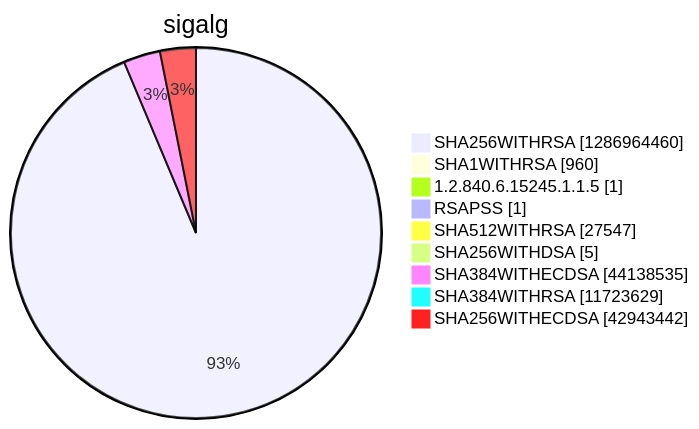
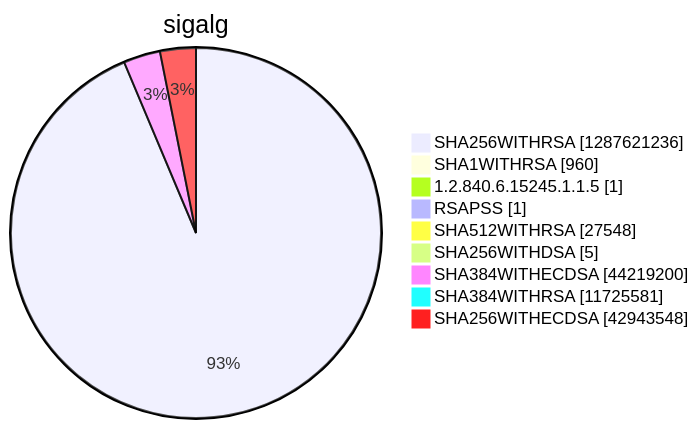
Before and after one commit to christiankrug/ctmonitor_visualization: diagram 15 of 15 in argon2022/README.md, drawn with Mermaid. The commit also changed other lines of this file, not shown here.

````diff
--- a/argon2022/README.md
+++ b/argon2022/README.md
@@ -5523,13 +5523,13 @@
 ```mermaid
 pie showData
 title sigalg
-"SHA256WITHRSA" :1286964460
+"SHA256WITHRSA" :1287621236
 "SHA1WITHRSA" :960
 "1.2.840.6.15245.1.1.5" :1
 "RSAPSS" :1
-"SHA512WITHRSA" :27547
+"SHA512WITHRSA" :27548
 "SHA256WITHDSA" :5
-"SHA384WITHECDSA" :44138535
-"SHA384WITHRSA" :11723629
-"SHA256WITHECDSA" :42943442
+"SHA384WITHECDSA" :44219200
+"SHA384WITHRSA" :11725581
+"SHA256WITHECDSA" :42943548
 ```
````
